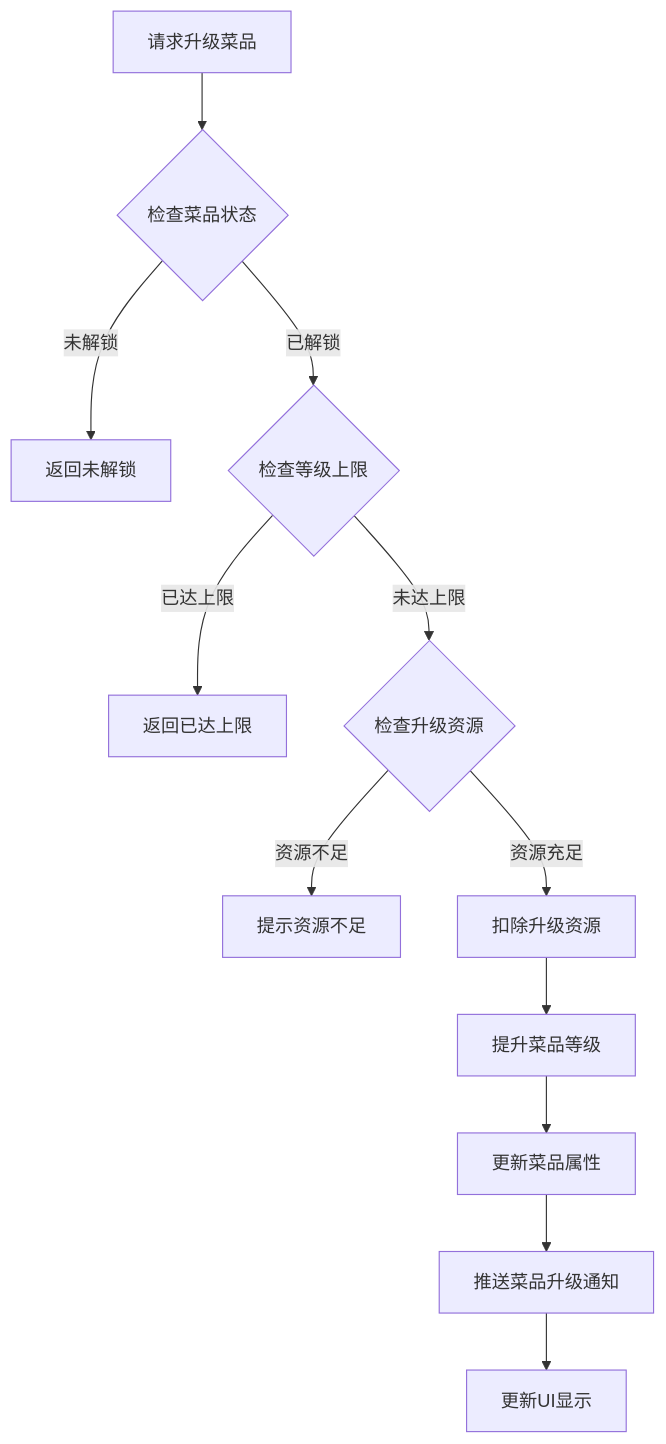
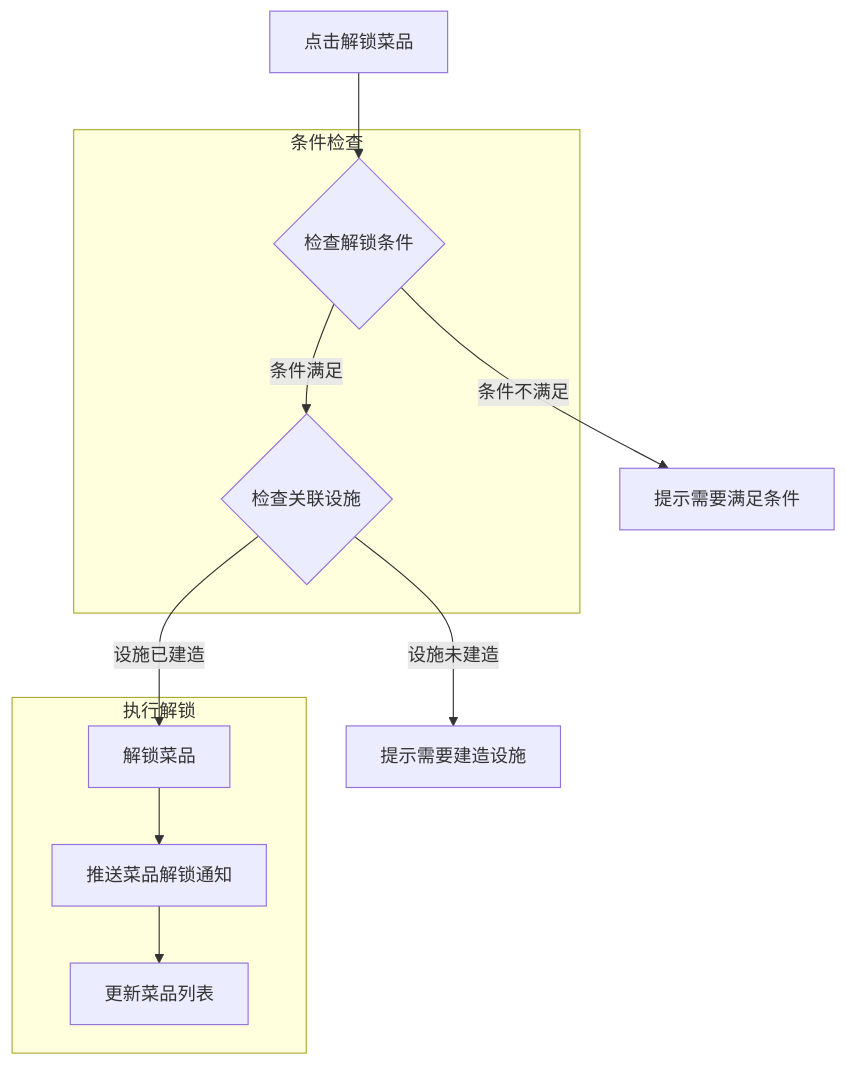
Before and after one commit to Alan-Ben/k2c_game_framework: the third of 5 diagrams in docs/Module_Inn/05_完整说明.md, drawn with Mermaid. The commit also changed other lines of this file and 13 other files, not shown here.

````diff
--- a/docs/Module_Inn/05_完整说明.md
+++ b/docs/Module_Inn/05_完整说明.md
@@ -150,14 +154,21 @@
 ```mermaid
 flowchart TD
-    A[请求升级菜品] --> B{检查菜品状态}
-    B -->|未解锁| C[返回未解锁]
-    B -->|已解锁| D{检查等级上限}
-    D -->|已达上限| E[返回已达上限]
-    D -->|未达上限| F{检查升级资源}
-    F -->|资源不足| G[提示资源不足]
-    F -->|资源充足| H[扣除升级资源]
-    H --> I[提升菜品等级]
-    I --> J[更新菜品属性]
-    J --> K[推送菜品升级通知]
-    K --> L[更新UI显示]
+    A[点击解锁菜品] --> B{检查解锁条件}
+    B -->|条件不满足| C[提示需要满足条件]
+    B -->|条件满足| D{检查关联设施}
+    D -->|设施未建造| E[提示需要建造设施]
+    D -->|设施已建造| F[解锁菜品]
+    F --> G[推送菜品解锁通知]
+    G --> H[更新菜品列表]
+
+    subgraph 条件检查
+        B
+        D
+    end
+
+    subgraph 执行解锁
+        F
+        G
+        H
+    end
 ```
````
